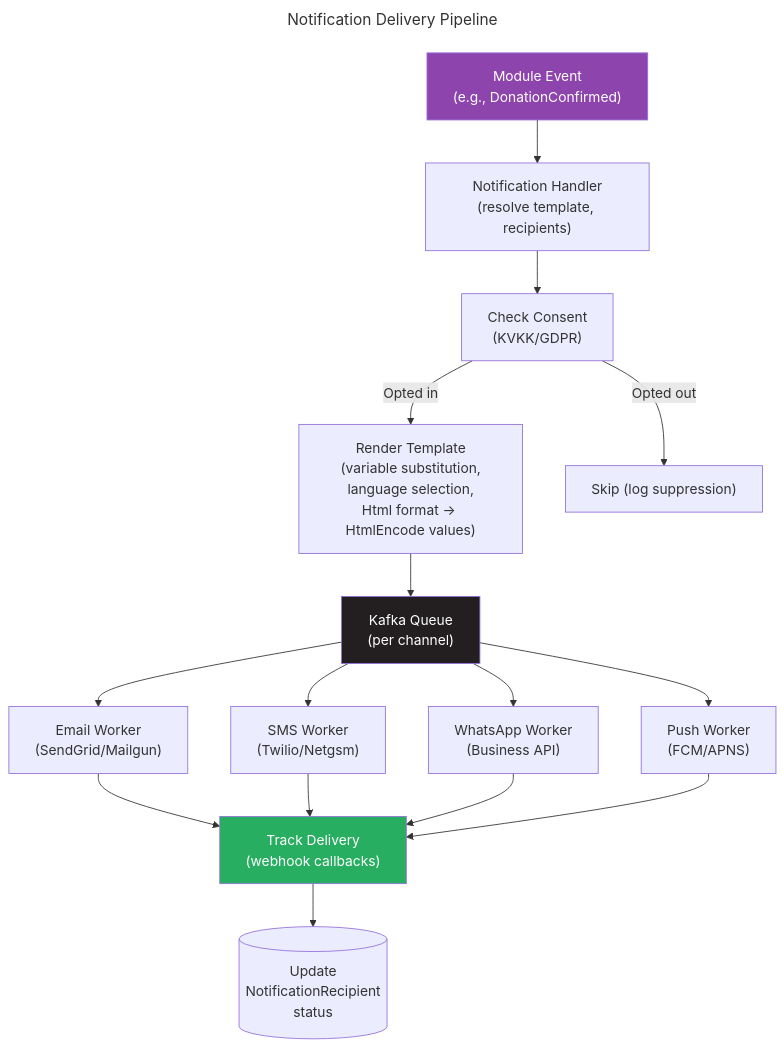
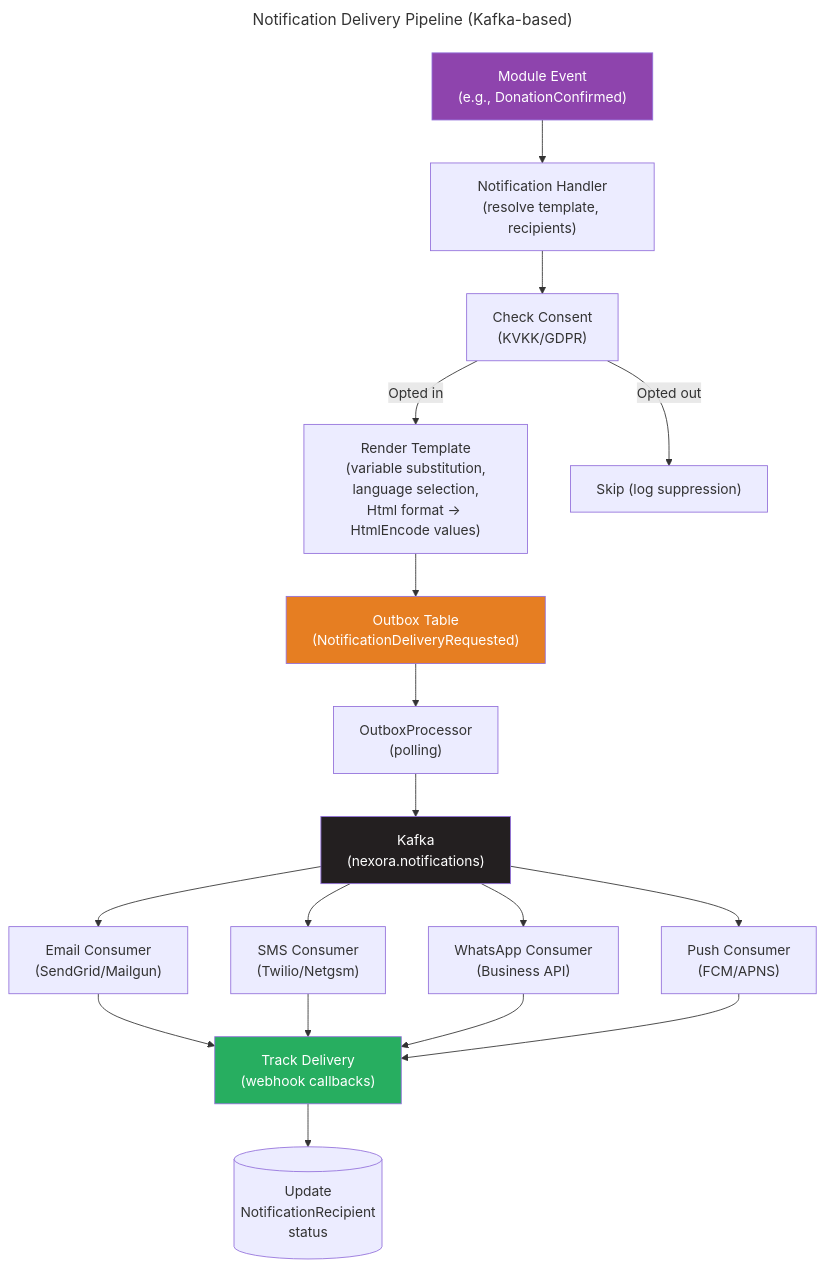
Before and after one commit to cemililik/Nexora: the eighth of 8 diagrams in docs/modules/notifications/SPEC.md, drawn with Mermaid. The commit also changed other lines of this file and 98 other files, not shown here.

First line of the commit message:
feat: implement Transactional Outbox/Inbox pattern with Kafka delivery migration

````diff
--- a/docs/modules/notifications/SPEC.md
+++ b/docs/modules/notifications/SPEC.md
@@ -320,27 +322,31 @@
 ```mermaid
 ---
-title: Notification Delivery Pipeline
+title: Notification Delivery Pipeline (Kafka-based)
 ---
 flowchart TB
     Event["Module Event\n(e.g., DonationConfirmed)"] --> Handler["Notification Handler\n(resolve template, recipients)"]
     Handler --> Consent["Check Consent\n(KVKK/GDPR)"]
     Consent -->|Opted in| Render["Render Template\n(variable substitution,\nlanguage selection,\nHtml format → HtmlEncode values)"]
     Consent -->|Opted out| Skip["Skip (log suppression)"]
-    Render --> Queue["Kafka Queue\n(per channel)"]
+    Render --> Outbox["Outbox Table\n(NotificationDeliveryRequested)"]
 
-    Queue --> EmailWorker["Email Worker\n(SendGrid/Mailgun)"]
-    Queue --> SMSWorker["SMS Worker\n(Twilio/Netgsm)"]
-    Queue --> WhatsAppWorker["WhatsApp Worker\n(Business API)"]
-    Queue --> PushWorker["Push Worker\n(FCM/APNS)"]
+    Outbox --> Processor["OutboxProcessor\n(polling)"]
+    Processor --> Kafka["Kafka\n(nexora.notifications)"]
+
+    Kafka --> EmailWorker["Email Consumer\n(SendGrid/Mailgun)"]
+    Kafka --> SMSWorker["SMS Consumer\n(Twilio/Netgsm)"]
+    Kafka --> WhatsAppWorker["WhatsApp Consumer\n(Business API)"]
+    Kafka --> PushWorker["Push Consumer\n(FCM/APNS)"]
 
     EmailWorker --> Track["Track Delivery\n(webhook callbacks)"]
     SMSWorker --> Track
     WhatsAppWorker --> Track
     PushWorker --> Track
 
     Track --> DB[("Update\nNotificationRecipient\nstatus")]
 
     style Event fill:#8e44ad,color:#fff
-    style Queue fill:#231f20,color:#fff
+    style Outbox fill:#e67e22,color:#fff
+    style Kafka fill:#231f20,color:#fff
     style Track fill:#27ae60,color:#fff
 ```
````
